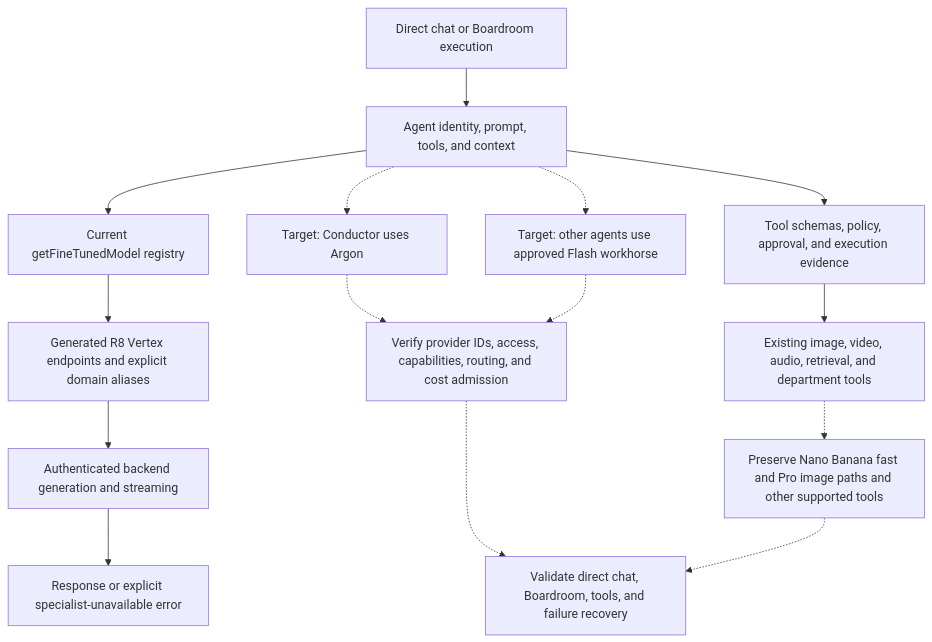
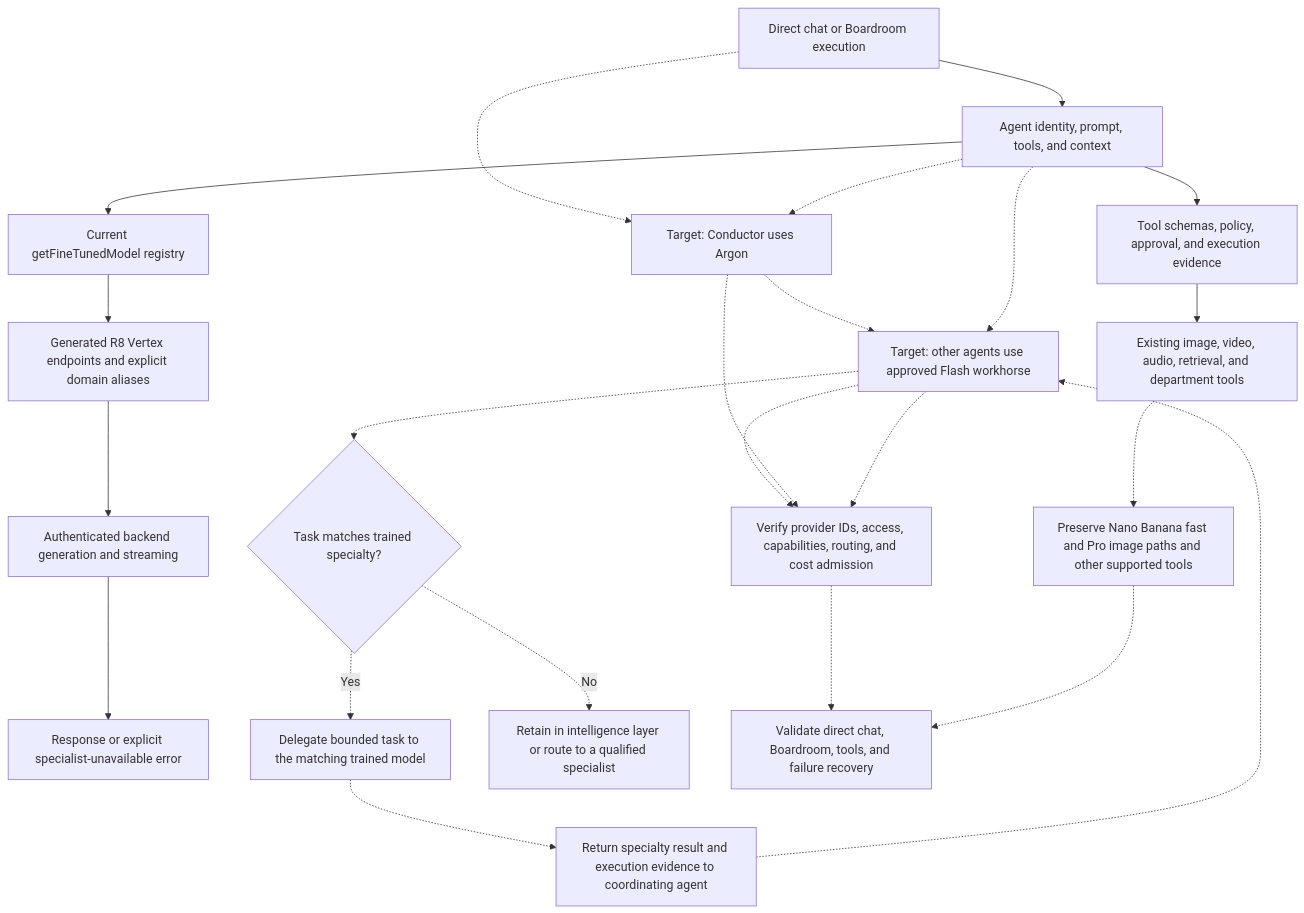
One commit to indii-music-founder/indii-music-founder changed the diagram in docs/flowcharts/chat-model-routing-and-approval.md. Above: the diagram before and after it, drawn with Mermaid. The commit also changed other lines of this file, not shown here.

Commit message:
docs: define Argon Flash and trained specialist hierarchy (#725)

````diff
--- a/docs/flowcharts/chat-model-routing-and-approval.md
+++ b/docs/flowcharts/chat-model-routing-and-approval.md
@@ -9,17 +11,25 @@
 ```mermaid
 flowchart TD
     Chat["Direct chat or Boardroom execution"] --> Agent["Agent identity, prompt, tools, and context"]
     Agent --> Registry["Current getFineTunedModel registry"]
     Registry --> Tuned["Generated R8 Vertex endpoints and explicit domain aliases"]
     Tuned --> Backend["Authenticated backend generation and streaming"]
     Backend --> Response["Response or explicit specialist-unavailable error"]
     Agent --> Tools["Tool schemas, policy, approval, and execution evidence"]
     Tools --> Media["Existing image, video, audio, retrieval, and department tools"]
+    Chat -.-> Conductor["Target apex: Argon Conductor directs work"]
+    Conductor -.-> Workers["Target coordination: Flash 3.8 agent intelligence"]
+    Workers -.-> Scope{"Task matches trained specialty?"}
+    Scope -.->|Yes| Specialist["Delegate bounded task to the matching trained model"]
+    Scope -.->|No| Reroute["Retain in intelligence layer or route to a qualified specialist"]
+    Specialist -.-> Evidence["Return specialty result and execution evidence to coordinating agent"]
+    Evidence -.-> Workers
+    Workers -.-> Gate["Verify provider IDs, access, capabilities, routing, and cost admission"]
     Agent -.-> Conductor["Target: Conductor uses Argon"]
     Agent -.-> Workers["Target: other agents use approved Flash workhorse"]
     Conductor -.-> Gate["Verify provider IDs, access, capabilities, routing, and cost admission"]
     Workers -.-> Gate
     Gate -.-> Validation["Validate direct chat, Boardroom, tools, and failure recovery"]
     Media -.-> Preserve["Preserve Nano Banana fast and Pro image paths and other supported tools"]
     Preserve -.-> Validation
 ```
````
